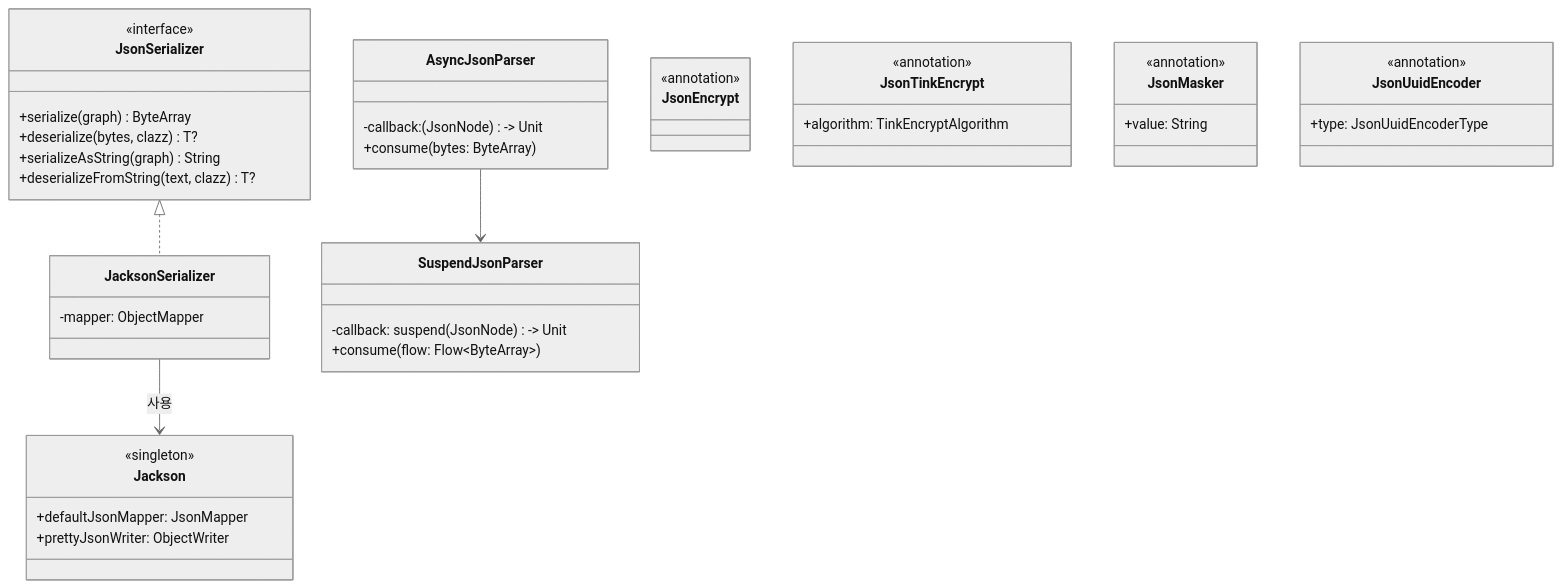
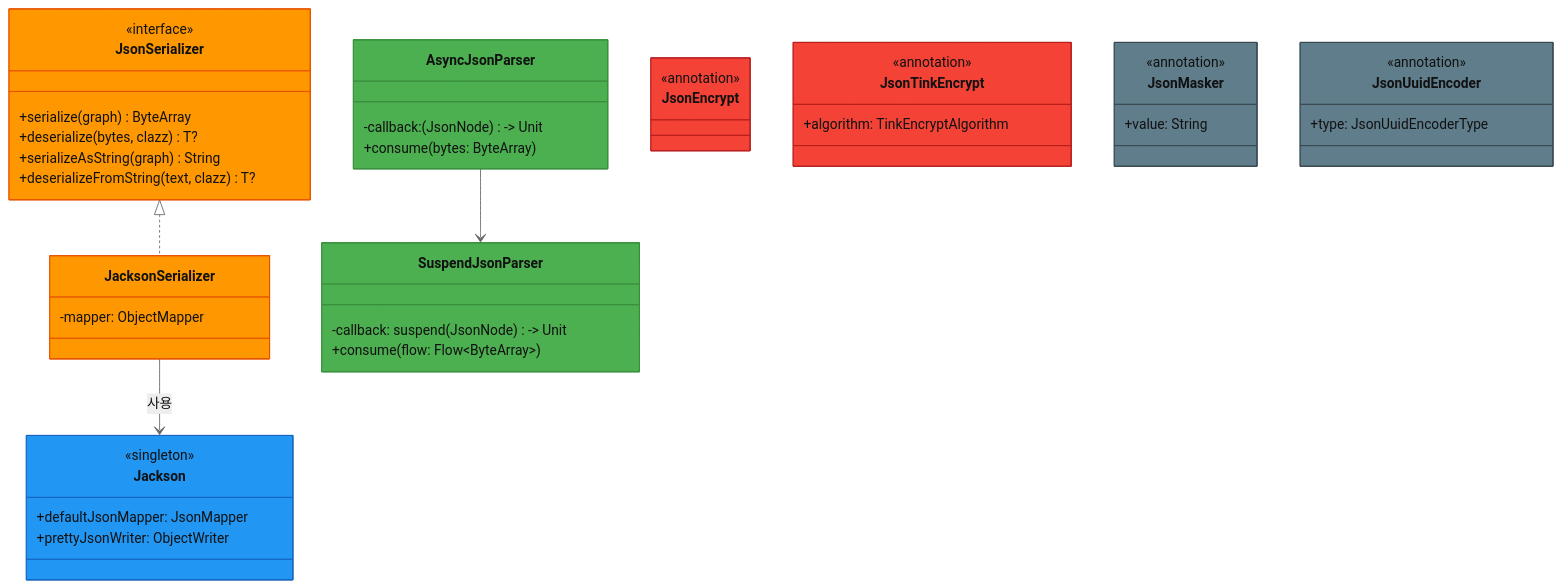
Before and after one commit to bluetape4k/bluetape4k-projects: the first of 3 diagrams in io/jackson2/README.md, drawn with Mermaid (neutral theme). The commit also changed 74 other files, not shown here.

First line of the commit message:
docs: bluetape4k/core/coroutines/logging, io/feign~vertx README 색상 Mermaid UML 추가

````diff
--- a/io/jackson2/README.md
+++ b/io/jackson2/README.md
@@ -295,53 +295,59 @@
 ```mermaid
 classDiagram
-    class JsonSerializer {
+    class JsonSerializer:::serializerStyle {
         <<interface>>
         +serialize(graph) ByteArray
         +deserialize(bytes, clazz) T?
         +serializeAsString(graph) String
         +deserializeFromString(text, clazz) T?
     }
 
-    class JacksonSerializer {
+    class JacksonSerializer:::serializerStyle {
         -mapper: ObjectMapper
     }
 
-    class Jackson {
+    class Jackson:::codecStyle {
         <<singleton>>
         +defaultJsonMapper: JsonMapper
         +prettyJsonWriter: ObjectWriter
     }
 
-    class AsyncJsonParser {
+    class AsyncJsonParser:::extensionStyle {
         -callback: (JsonNode) -> Unit
         +consume(bytes: ByteArray)
     }
 
-    class SuspendJsonParser {
+    class SuspendJsonParser:::extensionStyle {
         -callback: suspend (JsonNode) -> Unit
         +consume(flow: Flow~ByteArray~)
     }
 
-    class JsonEncrypt {
+    class JsonEncrypt:::encryptStyle {
         <<annotation>>
     }
 
-    class JsonTinkEncrypt {
+    class JsonTinkEncrypt:::encryptStyle {
         <<annotation>>
         +algorithm: TinkEncryptAlgorithm
     }
 
-    class JsonMasker {
+    class JsonMasker:::ioStyle {
         <<annotation>>
         +value: String
     }
 
-    class JsonUuidEncoder {
+    class JsonUuidEncoder:::ioStyle {
         <<annotation>>
         +type: JsonUuidEncoderType
     }
 
     JsonSerializer <|.. JacksonSerializer
     JacksonSerializer --> Jackson : 사용
     AsyncJsonParser --> SuspendJsonParser
+
+    classDef serializerStyle fill:#FF9800,stroke:#E65100
+    classDef encryptStyle fill:#F44336,stroke:#B71C1C
+    classDef ioStyle fill:#607D8B,stroke:#37474F
+    classDef codecStyle fill:#2196F3,stroke:#1565C0
+    classDef extensionStyle fill:#4CAF50,stroke:#388E3C
 ```
````
